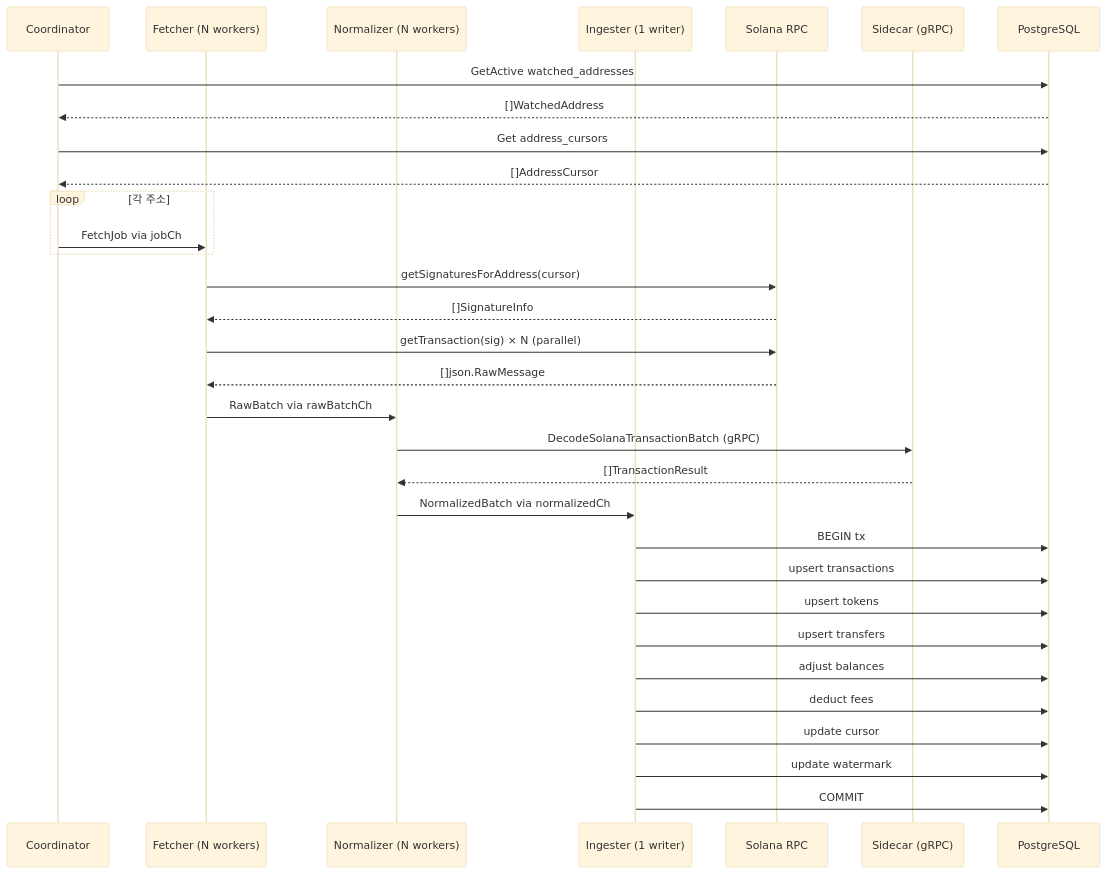
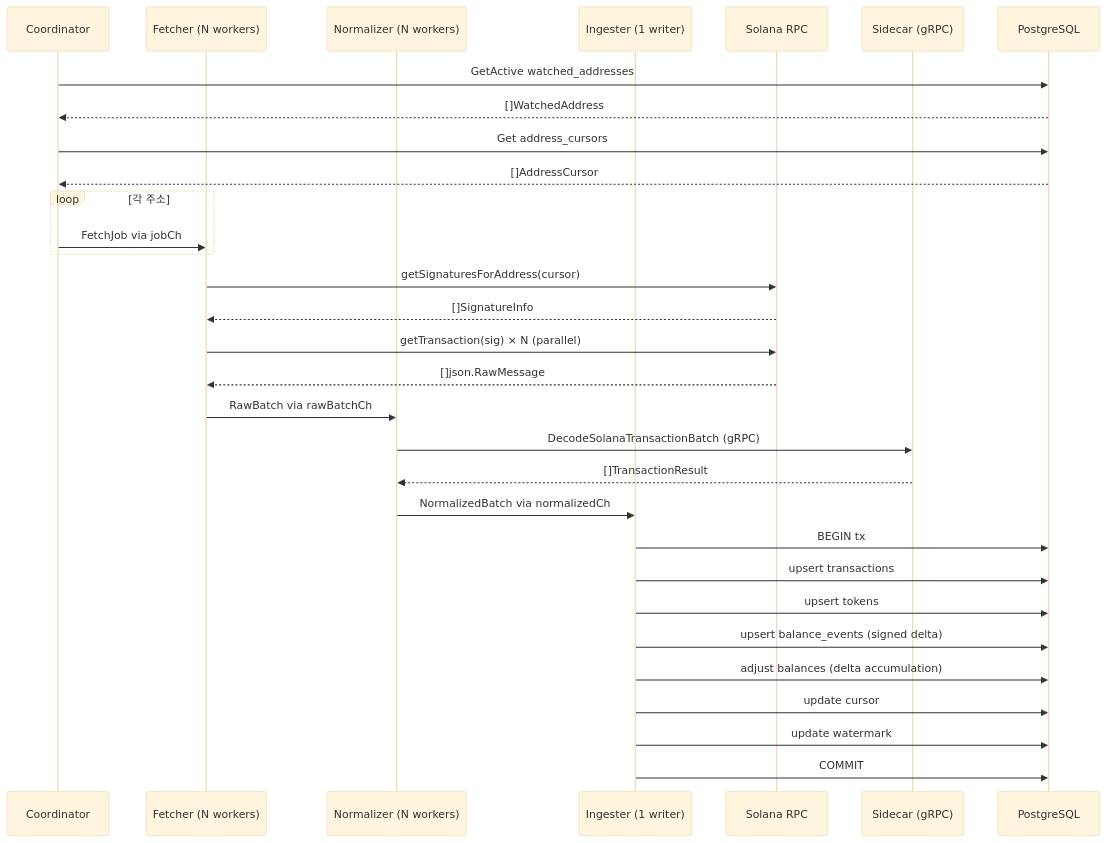
One commit to emperorhan/multichain-indexer changed the fifth of 8 diagrams in docs/architecture.md. Above: the diagram before and after it, drawn with Mermaid (base theme). The commit also changed other lines of this file and 41 other files, not shown here.

First line of the commit message:
Implement plugin-based balance event architecture

````diff
--- a/docs/architecture.md
+++ b/docs/architecture.md
@@ -182,41 +195,40 @@
 ```mermaid
 sequenceDiagram
     participant C as Coordinator
     participant F as Fetcher (N workers)
     participant N as Normalizer (N workers)
     participant I as Ingester (1 writer)
     participant RPC as Solana RPC
     participant SC as Sidecar (gRPC)
     participant DB as PostgreSQL
 
     C->>DB: GetActive watched_addresses
     DB-->>C: []WatchedAddress
     C->>DB: Get address_cursors
     DB-->>C: []AddressCursor
 
     loop 각 주소
         C->>F: FetchJob via jobCh
     end
 
     F->>RPC: getSignaturesForAddress(cursor)
     RPC-->>F: []SignatureInfo
     F->>RPC: getTransaction(sig) × N (parallel)
     RPC-->>F: []json.RawMessage
 
     F->>N: RawBatch via rawBatchCh
 
     N->>SC: DecodeSolanaTransactionBatch (gRPC)
     SC-->>N: []TransactionResult
 
     N->>I: NormalizedBatch via normalizedCh
 
     I->>DB: BEGIN tx
     I->>DB: upsert transactions
     I->>DB: upsert tokens
-    I->>DB: upsert transfers
-    I->>DB: adjust balances
-    I->>DB: deduct fees
+    I->>DB: upsert balance_events (signed delta)
+    I->>DB: adjust balances (delta accumulation)
     I->>DB: update cursor
     I->>DB: update watermark
     I->>DB: COMMIT
 ```
````
